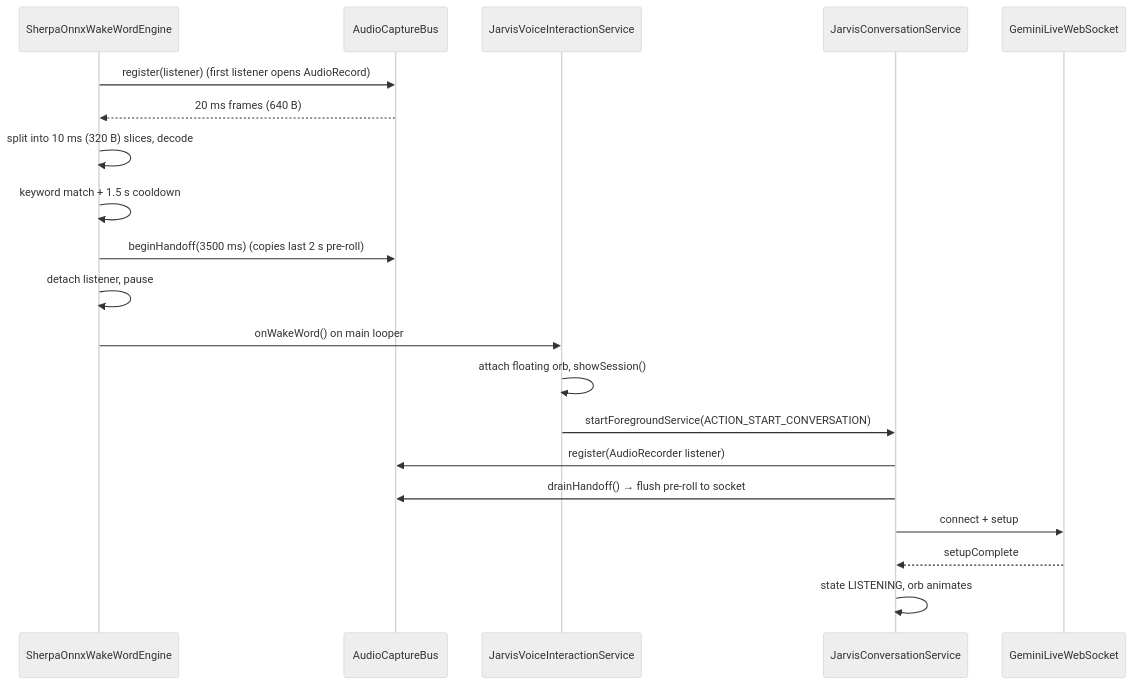
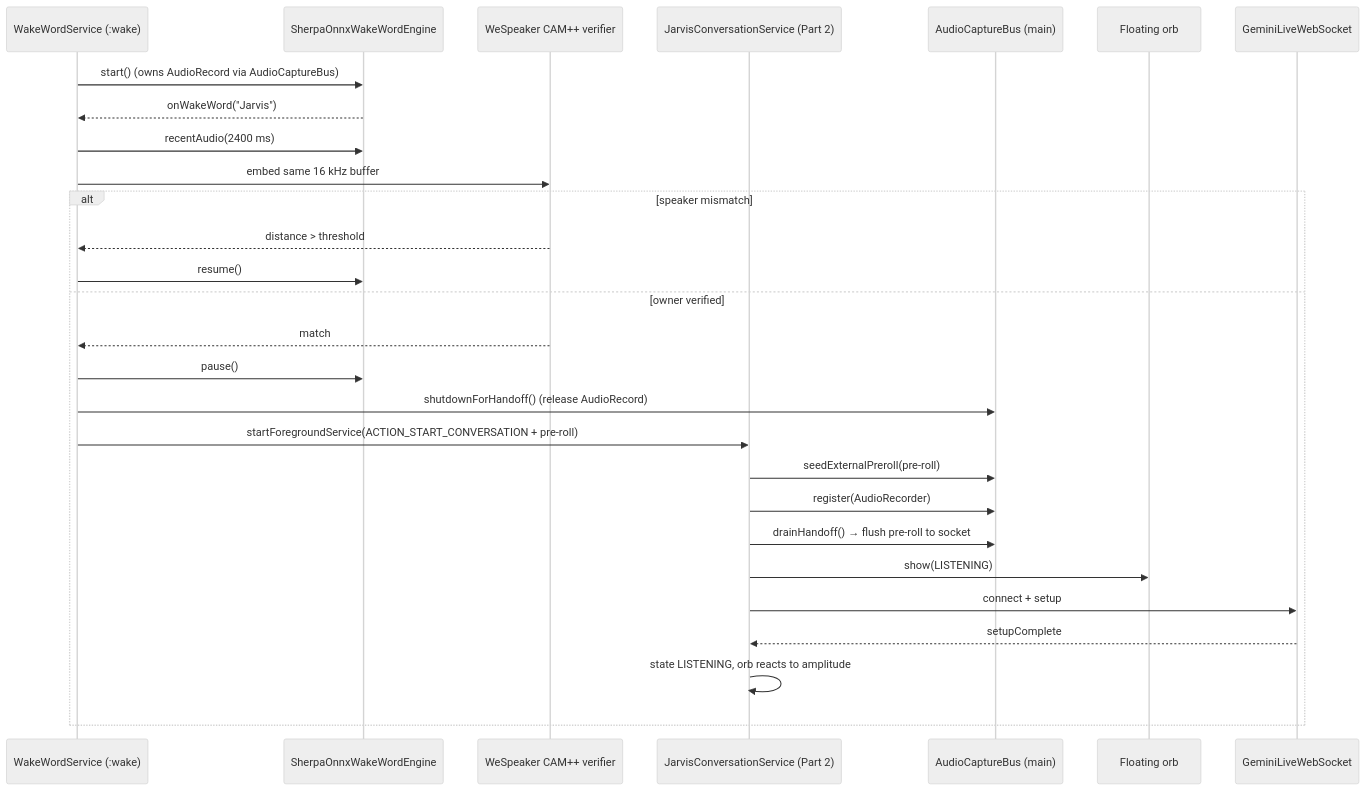
One commit to dark-hacker-error/Jarvis-Assistant changed the first of 4 diagrams in docs/architecture/runtime-flows.md. Above: the diagram before and after it, drawn with Mermaid (neutral theme). The commit also changed other lines of this file and 46 other files, not shown here.

First line of the commit message:
feat: two-part wake service with offline owner verification and floating orb

````diff
--- a/docs/architecture/runtime-flows.md
+++ b/docs/architecture/runtime-flows.md
@@ -9,23 +13,31 @@
 ```mermaid
 sequenceDiagram
+    participant WWS as WakeWordService (:wake)
     participant KWS as SherpaOnnxWakeWordEngine
-    participant BUS as AudioCaptureBus
-    participant VIS as JarvisVoiceInteractionService
-    participant SVC as JarvisConversationService
+    participant SPK as WeSpeaker CAM++ verifier
+    participant SVC as JarvisConversationService (Part 2)
+    participant BUS as AudioCaptureBus (main)
+    participant ORB as Floating orb
     participant WS as GeminiLiveWebSocket
 
-    KWS->>BUS: register(listener) (first listener opens AudioRecord)
-    BUS-->>KWS: 20 ms frames (640 B)
-    KWS->>KWS: split into 10 ms (320 B) slices, decode
-    KWS->>KWS: keyword match + 1.5 s cooldown
-    KWS->>BUS: beginHandoff(3500 ms)  (copies last 2 s pre-roll)
-    KWS->>KWS: detach listener, pause
-    KWS->>VIS: onWakeWord() on main looper
-    VIS->>VIS: attach floating orb, showSession()
-    VIS->>SVC: startForegroundService(ACTION_START_CONVERSATION)
-    SVC->>BUS: register(AudioRecorder listener)
-    SVC->>BUS: drainHandoff() → flush pre-roll to socket
-    SVC->>WS: connect + setup
-    WS-->>SVC: setupComplete
-    SVC->>SVC: state LISTENING, orb animates
+    WWS->>KWS: start() (owns AudioRecord via AudioCaptureBus)
+    KWS-->>WWS: onWakeWord("Jarvis")
+    WWS->>KWS: recentAudio(2400 ms)
+    WWS->>SPK: embed same 16 kHz buffer
+    alt speaker mismatch
+        SPK-->>WWS: distance > threshold
+        WWS->>KWS: resume()
+    else owner verified
+        SPK-->>WWS: match
+        WWS->>KWS: pause()
+        WWS->>BUS: shutdownForHandoff() (release AudioRecord)
+        WWS->>SVC: startForegroundService(ACTION_START_CONVERSATION + pre-roll)
+        SVC->>BUS: seedExternalPreroll(pre-roll)
+        SVC->>BUS: register(AudioRecorder)
+        SVC->>BUS: drainHandoff() → flush pre-roll to socket
+        SVC->>ORB: show(LISTENING)
+        SVC->>WS: connect + setup
+        WS-->>SVC: setupComplete
+        SVC->>SVC: state LISTENING, orb reacts to amplitude
+    end
 ```
````
